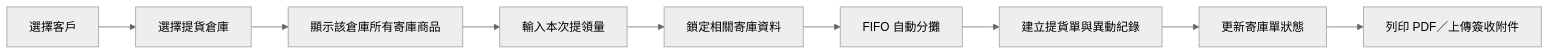
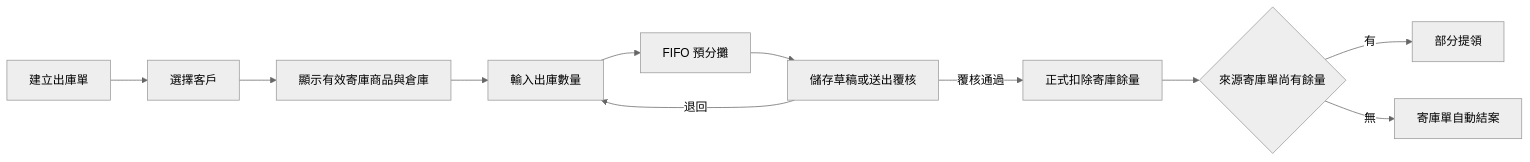
Before and after one commit to ktlin318/InventoryHub: the second of 7 diagrams in README.md, drawn with Mermaid (neutral theme). The commit also changed other lines of this file and 3 other files, not shown here.

````diff
--- a/README.md
+++ b/README.md
@@ -106,11 +96,13 @@
 ```mermaid
 flowchart LR
-    A[選擇客戶] --> B[選擇提貨倉庫]
-    B --> C[顯示該倉庫所有寄庫商品]
-    C --> D[輸入本次提領量]
-    D --> E[鎖定相關寄庫資料]
-    E --> F[FIFO 自動分攤]
-    F --> G[建立提貨單與異動紀錄]
-    G --> H[更新寄庫單狀態]
-    H --> I[列印 PDF／上傳簽收附件]
+    A[建立出庫單] --> B[選擇客戶]
+    B --> C[顯示有效寄庫商品與倉庫]
+    C --> D[輸入出庫數量]
+    D --> E[FIFO 預分攤]
+    E --> F[儲存草稿或送出覆核]
+    F -->|退回| D
+    F -->|覆核通過| G[正式扣除寄庫餘量]
+    G --> H{來源寄庫單尚有餘量}
+    H -->|有| I[部分提領]
+    H -->|無| J[寄庫單自動結案]
 ```
````
